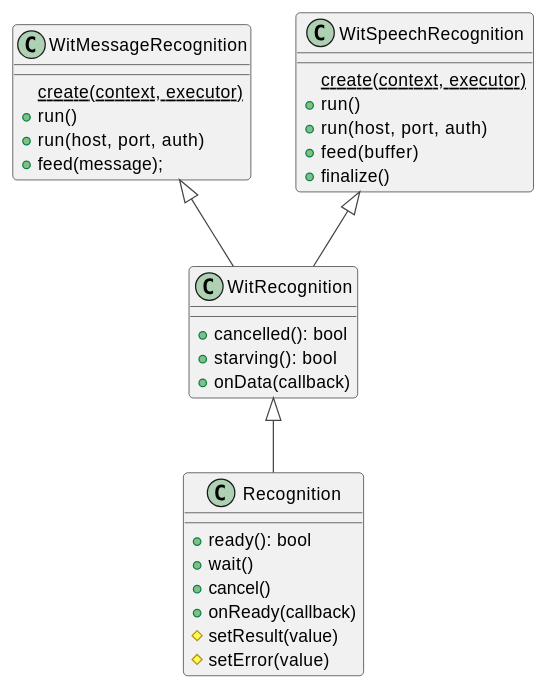
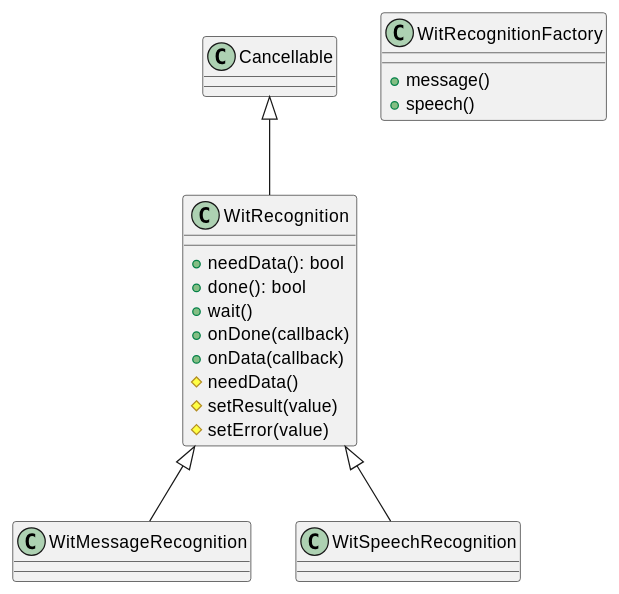
The fourth of 9 diagrams in src/intent/doc/intent.md (denoming/rintento), drawn with PlantUML before and after one commit. The commit also changed other lines of this file and 5 other files, not shown here.

````diff
--- a/src/intent/doc/intent.md
+++ b/src/intent/doc/intent.md
@@ -4,40 +142,25 @@
 ```plantuml
 @startuml
-!theme vibrant
 
-class Recognition {
-    +ready(): bool
+class WitRecognition {
+    +needData(): bool
+    +done(): bool
     +wait()
-    +cancel()
-    +onReady(callback)
+    +onDone(callback)
+    +onData(callback)
+    #needData()
     #setResult(value)
     #setError(value)
 }
 
-class WitRecognition {
-    +cancelled(): bool
-    +starving(): bool
-    +onData(callback)
+Cancellable <|-- WitRecognition
+WitRecognition <|-- WitMessageRecognition 
+WitRecognition <|-- WitSpeechRecognition
+
+class WitRecognitionFactory {
+    +message()
+    +speech()
 }
-
-class WitMessageRecognition {
-    {static} create(context, executor)
-    +run()
-    +run(host, port, auth)
-    +feed(message);
-}
-
-class WitSpeechRecognition {
-    {static} create(context, executor)
-    +run()
-    +run(host, port, auth)
-    +feed(buffer)
-    +finalize()
-}
-
-WitRecognition <|-- Recognition
-WitMessageRecognition <|-- WitRecognition
-WitSpeechRecognition <|-- WitRecognition
 
 @enduml
 ```
````
